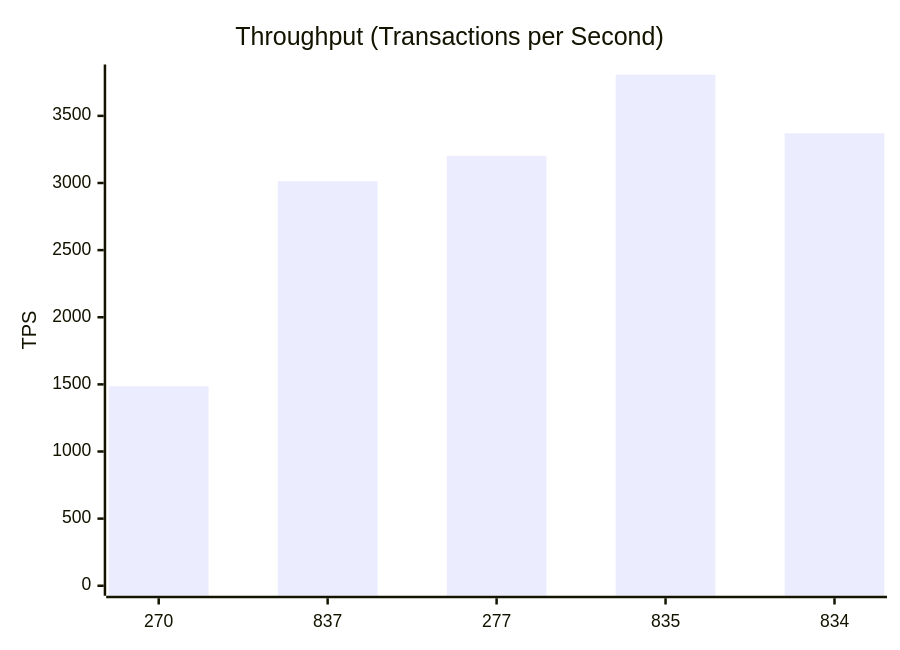
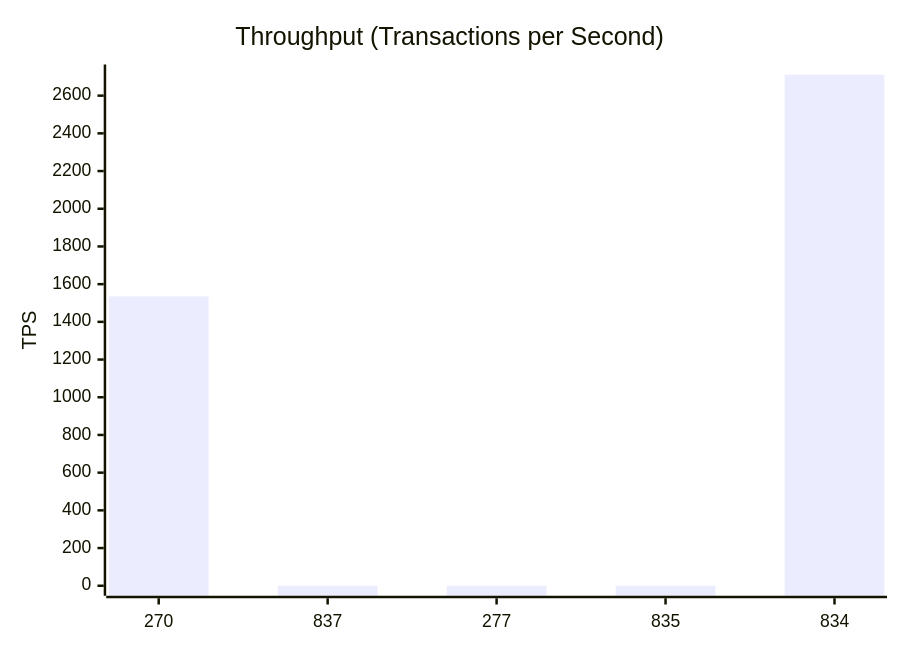
Before and after one commit to dhagan-va/intern-2025: the third of 11 diagrams in test-tools/DataGen/src/Statistics_Visualizer.md, drawn with Mermaid. The commit also changed other lines of this file and 4 other files, not shown here.

````diff
--- a/test-tools/DataGen/src/Statistics_Visualizer.md
+++ b/test-tools/DataGen/src/Statistics_Visualizer.md
@@ -40,7 +40,7 @@
 ```mermaid
 xychart-beta
     title "Throughput (Transactions per Second)"
     x-axis ["270", "837", "277", "835", "834"]
-    y-axis "TPS" 0 --> 3808.141864665833
-    bar [1486.283340571883, 3014.4307621559124, 3201.8996379749974, 3807.141864665833, 3369.915916088274]
+    y-axis "TPS" 0 --> 2712.220395501749
+    bar [1534.8741108061042, 0.0, 0.0, 0.0, 2711.220395501749]
 ```
````
